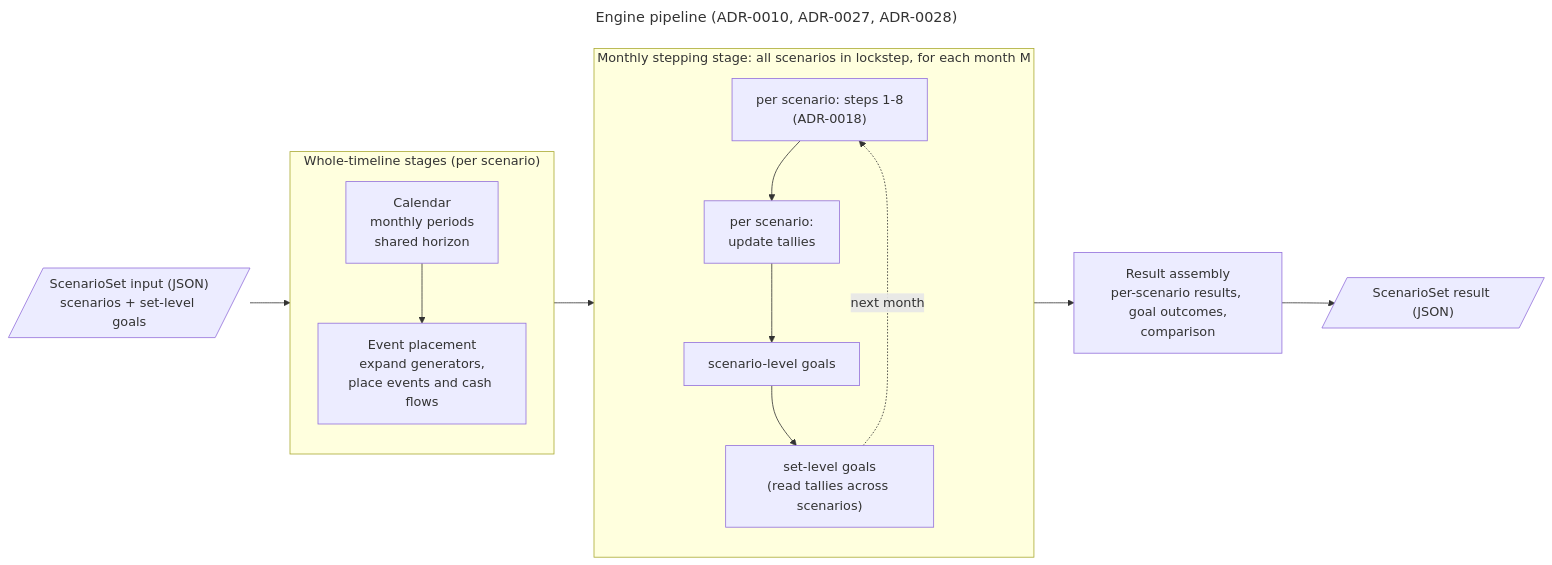
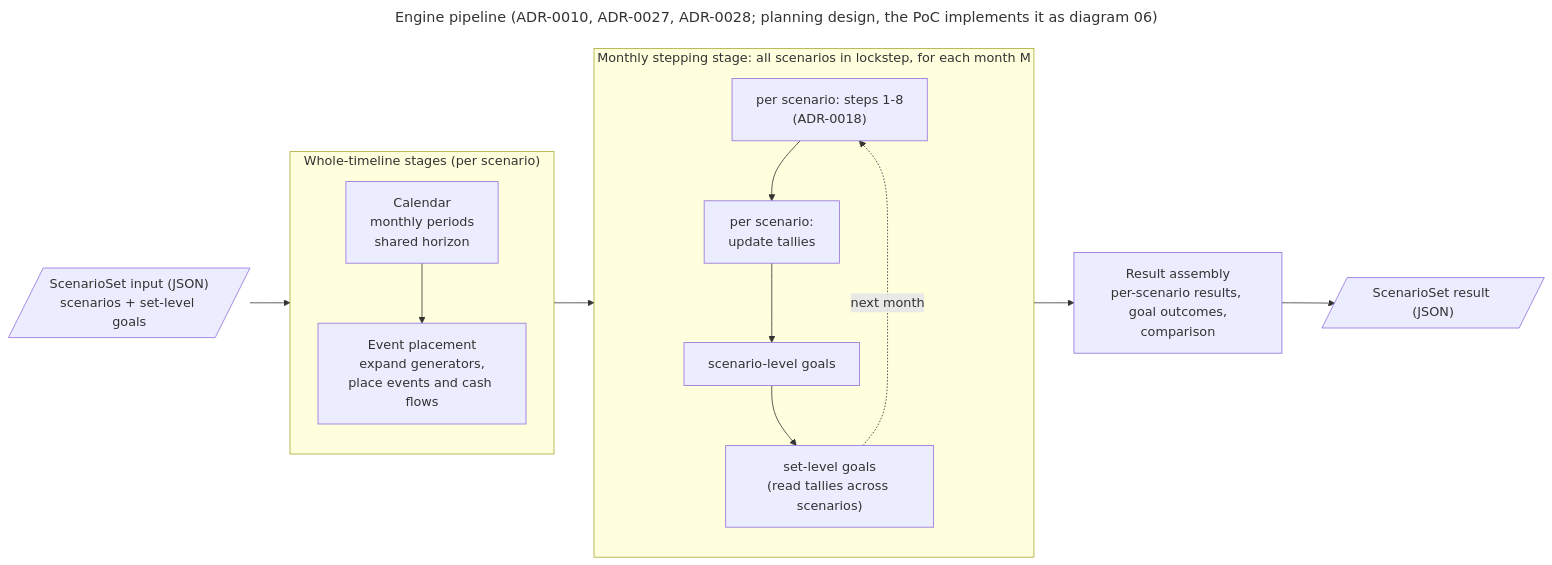
The diagram in diagrams/01-engine-pipeline.mmd (droopy4096/sloppy-wealth), drawn with Mermaid before and after one commit. The commit also changed 63 other files, not shown here.

```diff
--- a/diagrams/01-engine-pipeline.mmd
+++ b/diagrams/01-engine-pipeline.mmd
@@ -1,22 +1,22 @@
 ---
-title: Engine pipeline (ADR-0010, ADR-0027, ADR-0028)
+title: Engine pipeline (ADR-0010, ADR-0027, ADR-0028; planning design, the PoC implements it as diagram 06)
 ---
 flowchart LR
     IN[/"ScenarioSet input (JSON)\nscenarios + set-level goals"/] --> TL1
 
     subgraph TL1["Whole-timeline stages (per scenario)"]
         S1["Calendar\nmonthly periods\nshared horizon"] --> S2["Event placement\nexpand generators,\nplace events and cash flows"]
     end
 
     TL1 --> STEP
 
     subgraph STEP["Monthly stepping stage: all scenarios in lockstep, for each month M"]
         direction TB
         P1["per scenario: steps 1-8\n(ADR-0018)"] --> P2["per scenario:\nupdate tallies"]
         P2 --> P3["scenario-level goals"]
         P3 --> P4["set-level goals\n(read tallies across scenarios)"]
         P4 -. "next month" .-> P1
     end
 
     STEP --> S6["Result assembly\nper-scenario results, goal outcomes,\ncomparison"]
     S6 --> OUT[/"ScenarioSet result (JSON)"/]
```
